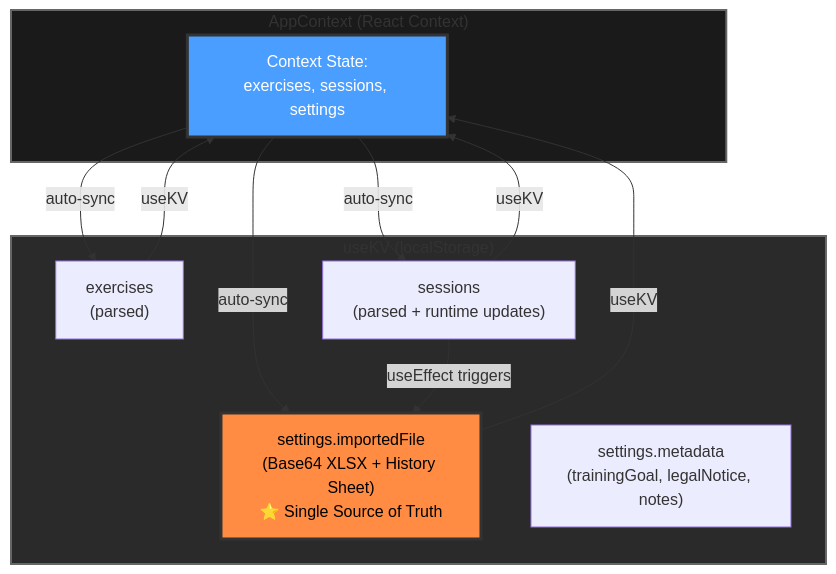
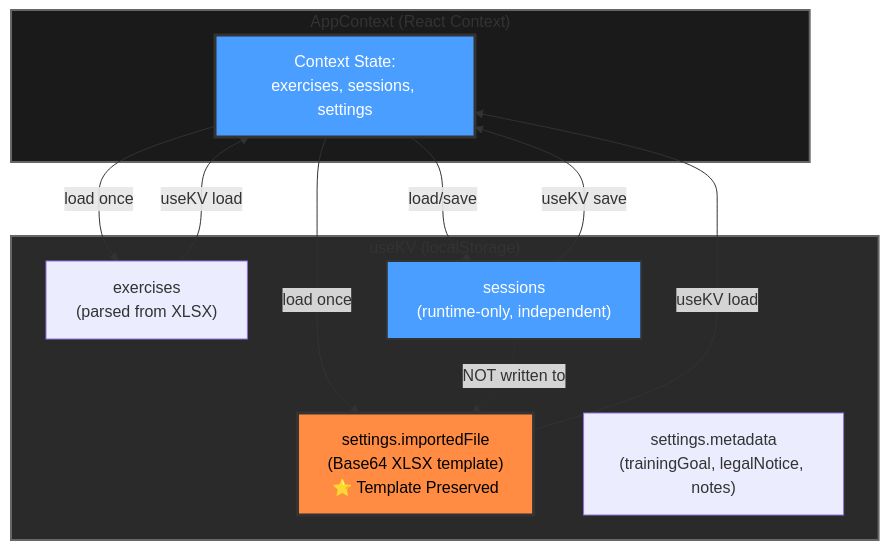
Before and after one commit to harrybin/hill-fitness-sheets: the sixth of 6 diagrams in DATAFLOW.md, drawn with Mermaid. The commit also changed other lines of this file and 1 other file, not shown here.

Commit message:
fix: update import rules for XLSX parser to require at least four exercises per session

````diff
--- a/DATAFLOW.md
+++ b/DATAFLOW.md
@@ -166,28 +169,29 @@
 ```mermaid
 graph TB
     subgraph Context["AppContext (React Context)"]
         STATE["Context State:<br/>exercises, sessions, settings"]
     end
     
     subgraph Storage["useKV (localStorage)"]
-        XLSX["settings.importedFile<br/>(Base64 XLSX + History Sheet)<br/>⭐ Single Source of Truth"]
+        XLSX["settings.importedFile<br/>(Base64 XLSX template)<br/>⭐ Template Preserved"]
         META["settings.metadata<br/>(trainingGoal, legalNotice, notes)"]
-        EX["exercises<br/>(parsed)"]
-        SESS["sessions<br/>(parsed + runtime updates)"]
+        EX["exercises<br/>(parsed from XLSX)"]
+        SESS["sessions<br/>(runtime-only, independent)"]
     end
     
-    STATE -->|auto-sync| EX
-    STATE -->|auto-sync| SESS
-    STATE -->|auto-sync| XLSX
+    STATE -->|load once| EX
+    STATE -->|load/save| SESS
+    STATE -->|load once| XLSX
     
-    EX -->|useKV| STATE
-    SESS -->|useKV| STATE
-    XLSX -->|useKV| STATE
+    EX -->|useKV load| STATE
+    SESS -->|useKV save| STATE
+    XLSX -->|useKV load| STATE
     
-    SESS -->|useEffect triggers| XLSX
+    SESS -.->|NOT written to| XLSX
     
     style STATE fill:#4a9eff,stroke:#333,stroke-width:3px,color:#fff
     style XLSX fill:#ff8c42,stroke:#333,stroke-width:3px,color:#000
+    style SESS fill:#4a9eff,stroke:#333,stroke-width:2px,color:#fff
     style Context fill:#1a1a1a,stroke:#666,stroke-width:2px
     style Storage fill:#2a2a2a,stroke:#666,stroke-width:2px
 ```
````
